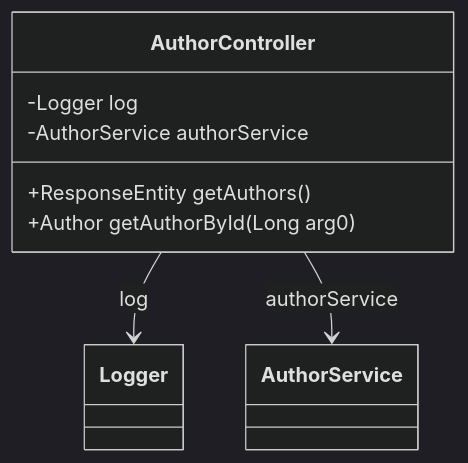
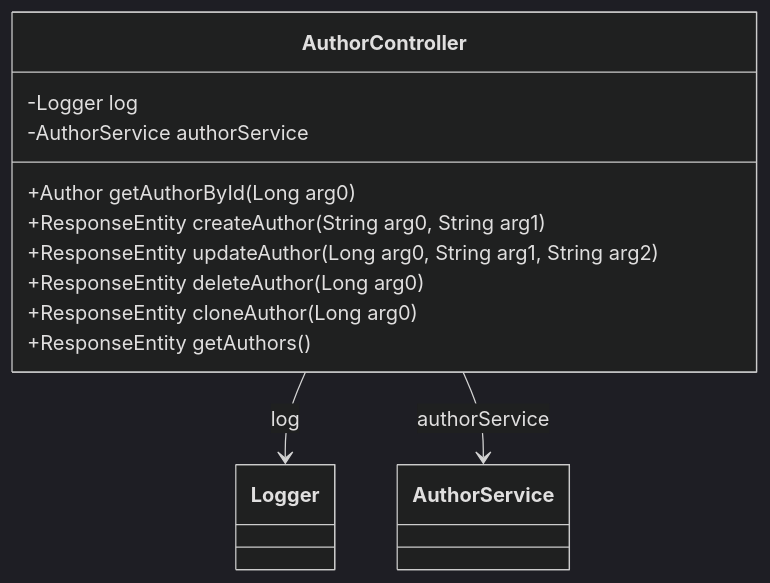
Before and after one commit to ErwanLT/Asgard: the diagram in docs/authorcontroller.md, drawn with Mermaid (dark theme). The commit also changed other lines of this file and 3 other files, not shown here.

````diff
--- a/docs/authorcontroller.md
+++ b/docs/authorcontroller.md
@@ -7,11 +16,16 @@
 ```mermaid
 classDiagram
     class AuthorController {
         -Logger log
         -AuthorService authorService
+        +Author getAuthorById(Long arg0)
+        +ResponseEntity createAuthor(String arg0, String arg1)
+        +ResponseEntity updateAuthor(Long arg0, String arg1, String arg2)
+        +ResponseEntity deleteAuthor(Long arg0)
+        +ResponseEntity cloneAuthor(Long arg0)
         +ResponseEntity getAuthors()
-        +Author getAuthorById(Long arg0)
     }
+
     AuthorController --> Logger : log
     AuthorController --> AuthorService : authorService
 ```
````
